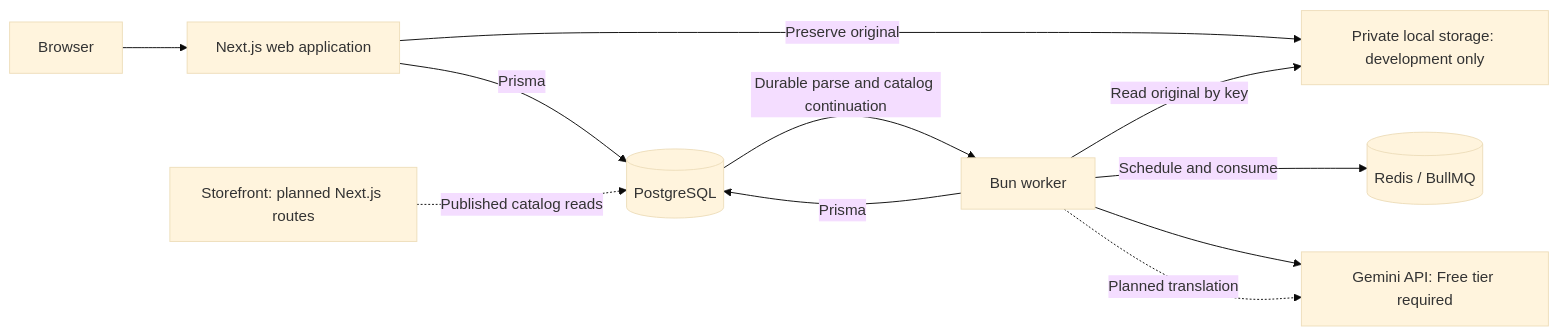
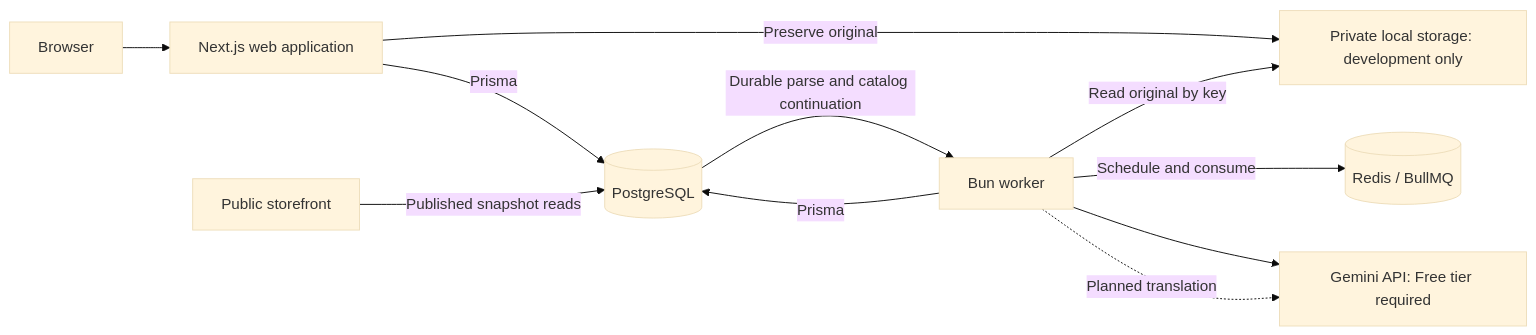
Before and after one commit to UmangAgarwal257/catalogforge: the diagram in README.md, drawn with Mermaid (base theme). The commit also changed other lines of this file and 36 other files, not shown here.

````diff
--- a/README.md
+++ b/README.md
@@ -44,13 +45,13 @@
 ```mermaid
 flowchart LR
     Browser --> Web[Next.js web application]
     Web -->|Prisma| DB[(PostgreSQL)]
     Web -->|Preserve original| Storage[Private local storage: development only]
     Worker[Bun worker] -->|Prisma| DB
     Worker -->|Read original by key| Storage
     DB -->|Durable parse and catalog continuation| Worker
     Worker -->|Schedule and consume| Redis[(Redis / BullMQ)]
     Worker --> AI[Gemini API: Free tier required]
     Worker -. Planned translation .-> AI
-    Storefront[Storefront: planned Next.js routes] -. Published catalog reads .-> DB
+    Storefront[Public storefront] -->|Published snapshot reads| DB
 ```
````
